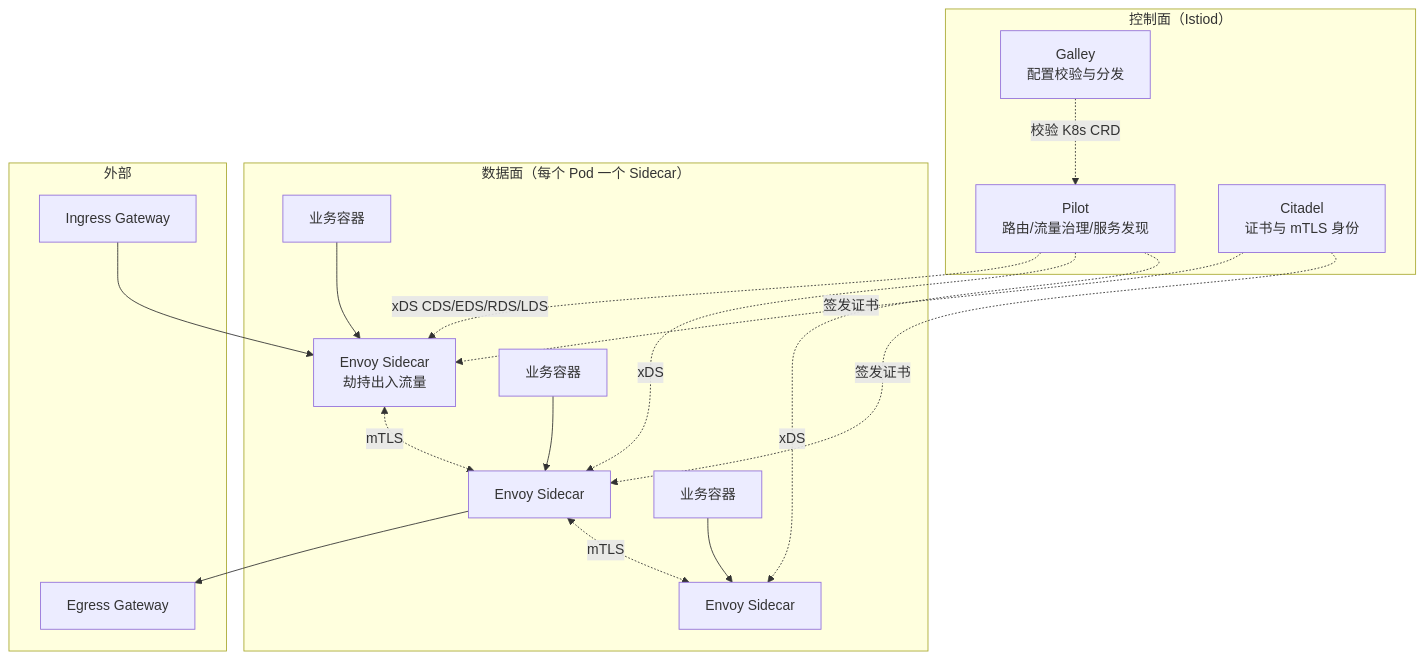
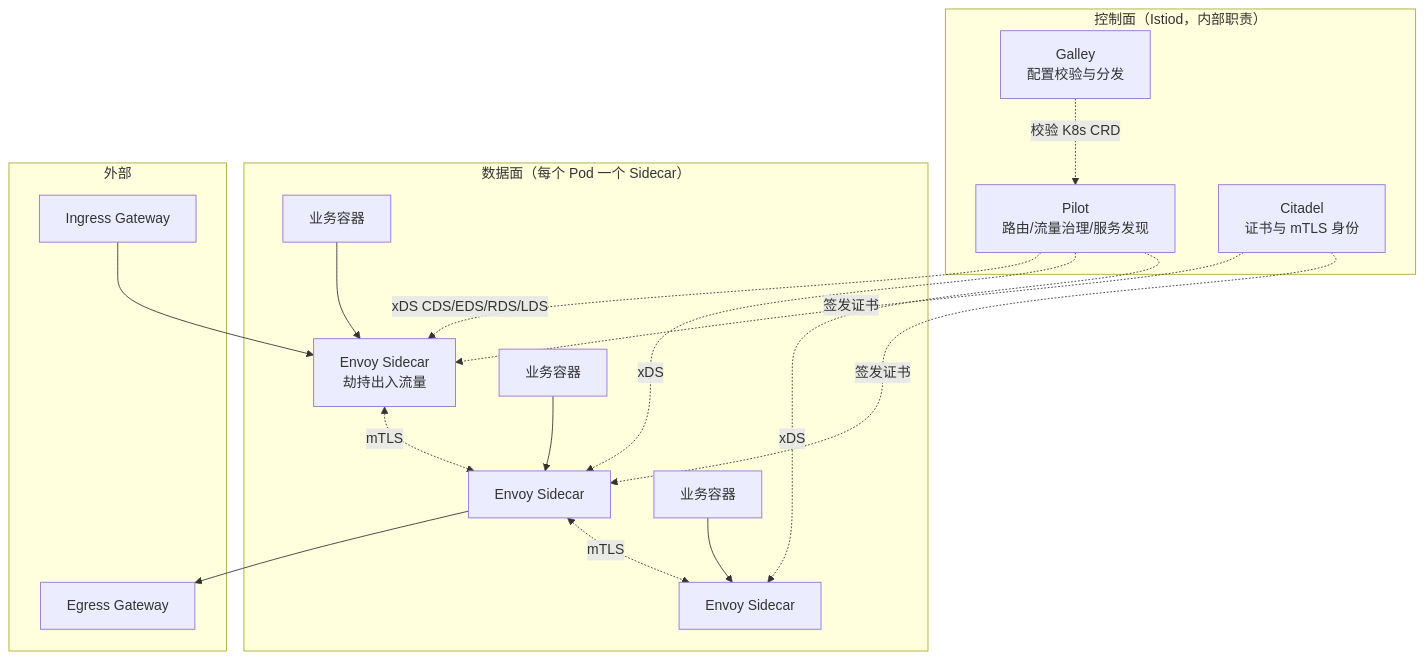
The second of 6 diagrams in ops/network/05-system-design/cloud-native.md (yintp/glory), drawn with Mermaid before and after one commit. The commit also changed other lines of this file, not shown here.

````diff
--- a/ops/network/05-system-design/cloud-native.md
+++ b/ops/network/05-system-design/cloud-native.md
@@ -210,27 +212,27 @@
 ```mermaid
 flowchart TB
-    subgraph 控制面["控制面（Istiod）"]
+    subgraph 控制面["控制面（Istiod，内部职责）"]
         Pilot[Pilot<br/>路由/流量治理/服务发现]
         Citadel[Citadel<br/>证书与 mTLS 身份]
         Galley[Galley<br/>配置校验与分发]
     end
     subgraph 数据面["数据面（每个 Pod 一个 Sidecar）"]
         Pod1[业务容器] --> Envoy1[Envoy Sidecar<br/>劫持出入流量]
         Pod2[业务容器] --> Envoy2[Envoy Sidecar]
         Pod3[业务容器] --> Envoy3[Envoy Sidecar]
     end
     subgraph 外部
         Ingress[Ingress Gateway]
         Egress[Egress Gateway]
     end
     Pilot -.->|xDS CDS/EDS/RDS/LDS| Envoy1
     Pilot -.->|xDS| Envoy2
     Pilot -.->|xDS| Envoy3
     Citadel -.->|签发证书| Envoy1
     Citadel -.->|签发证书| Envoy2
     Galley -.->|校验 K8s CRD| Pilot
     Ingress --> Envoy1
     Envoy2 --> Egress
     Envoy1 <-.mTLS.-> Envoy2
     Envoy2 <-.mTLS.-> Envoy3
 ```
````
